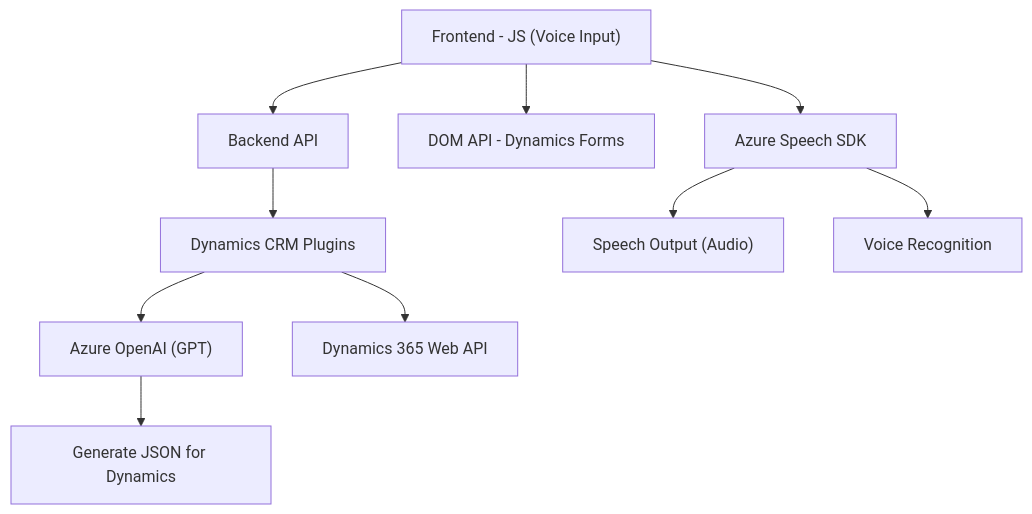
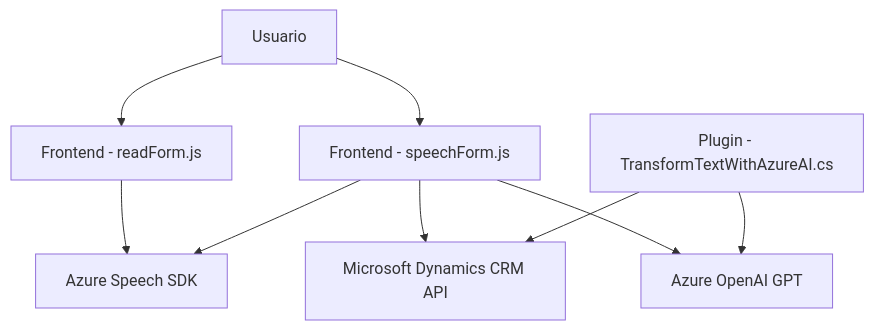
The diagram in README.md (blopezdm/NETCORE_BILBAO2025), drawn with Mermaid before and after one commit. The commit also changed other lines of this file, not shown here.

````diff
--- a/README.md
+++ b/README.md
@@ -37,12 +53,19 @@
 ```mermaid
 graph TD
-  A["Frontend - JS (Voice Input)"] --> B["Azure Speech SDK"]
-  A --> C["DOM API - Dynamics Forms"]
-  A --> D["Backend API"]
-  D --> E["Dynamics CRM Plugins"]
-  E --> F["Azure OpenAI (GPT)"]
-  F --> G["Generate JSON for Dynamics"]
-  E --> H["Dynamics 365 Web API"]
-  B --> I["Speech Output (Audio)"]
-  B --> J["Voice Recognition"]
+    A["Frontend - readForm.js"]
+    B["Frontend - speechForm.js"]
+    C["Plugin - TransformTextWithAzureAI.cs"]
+    D["Azure Speech SDK"]
+    E["Azure OpenAI GPT"]
+    F["Microsoft Dynamics CRM API"]
+    G["Usuario"]
+
+    G --> A
+    G --> B
+    A --> D
+    B --> D
+    B --> F
+    B --> E
+    C --> E
+    C --> F
 ```
````
